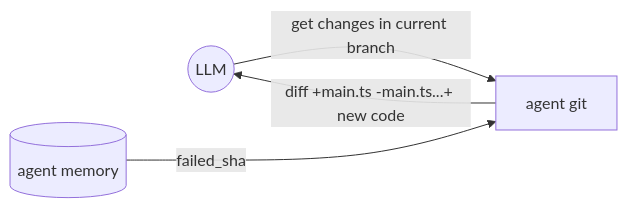
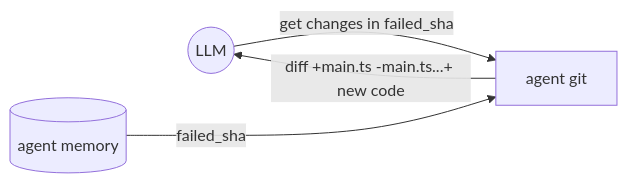
Before and after one commit to microsoft/genaiscript: the second of 2 diagrams in slides/pages/agents-memory.md, drawn with Mermaid.

````diff
--- a/slides/pages/agents-memory.md
+++ b/slides/pages/agents-memory.md
@@ -25,10 +25,10 @@
 ```mermaid
 flowchart LR
     LLM((LLM))
     memory[(agent memory)]
 
-    LLM --> |"get changes in current branch"| agent_git
+    LLM --> |"get changes in failed_sha"| agent_git
     agent_git["agent git"] --> |"diff +main.ts -main.ts...+ new code"| LLM
 
     memory ---> |"failed_sha"| agent_git
 ```
````
